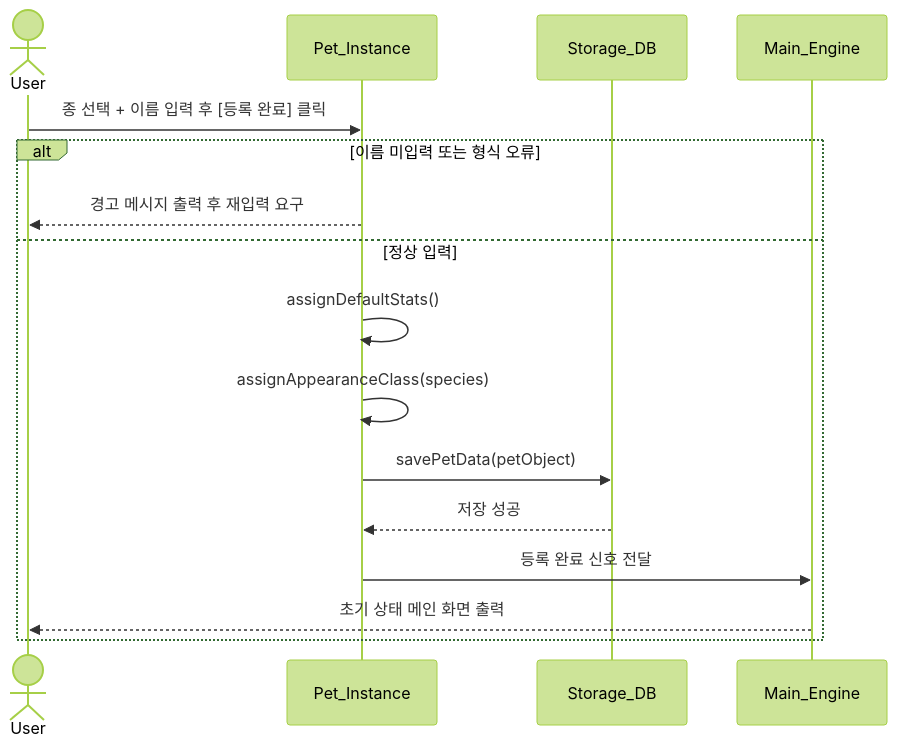
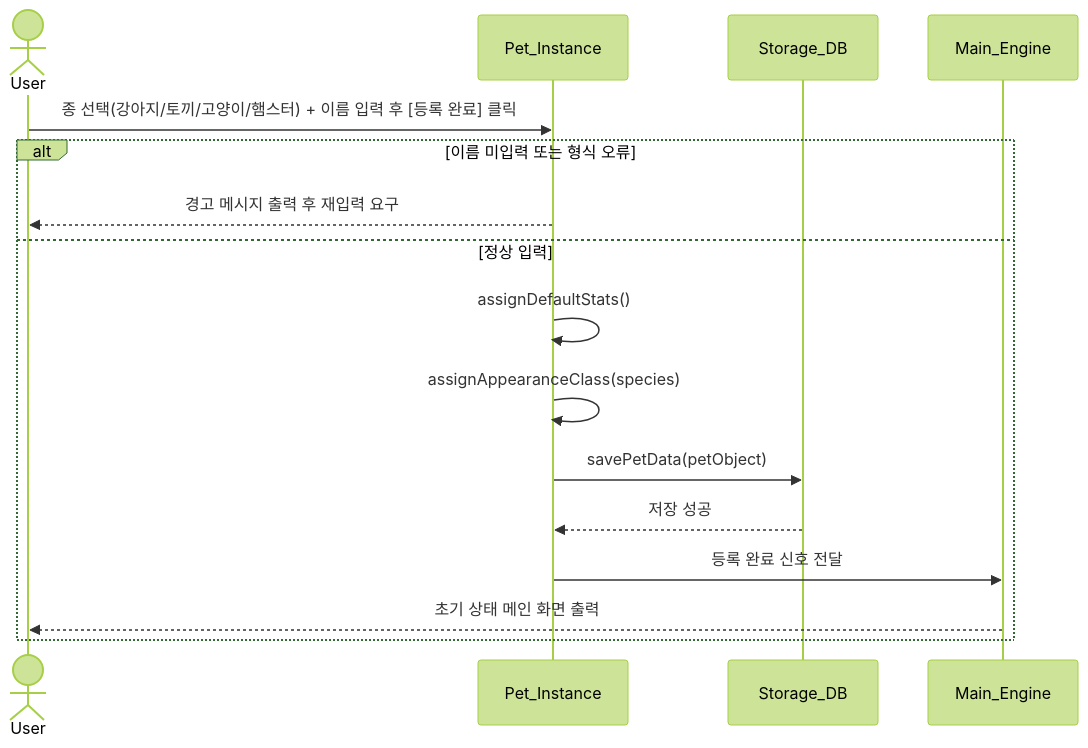
One commit to silver-hye/Log_Pet changed the fourth of 20 diagrams in design.md. Above: the diagram before and after it, drawn with Mermaid (forest theme). The commit also changed other lines of this file, not shown here.

````diff
--- a/design.md
+++ b/design.md
@@ -701,19 +859,19 @@
 ```mermaid
 sequenceDiagram
   actor User
   participant P as Pet_Instance
   participant DB as Storage_DB
   participant M as Main_Engine
 
-  User->>P: 종 선택 + 이름 입력 후 [등록 완료] 클릭
+  User->>P: 종 선택(강아지/토끼/고양이/햄스터) + 이름 입력 후 [등록 완료] 클릭
   alt 이름 미입력 또는 형식 오류
     P-->>User: 경고 메시지 출력 후 재입력 요구
   else 정상 입력
     P->>P: assignDefaultStats()
     P->>P: assignAppearanceClass(species)
     P->>DB: savePetData(petObject)
     DB-->>P: 저장 성공
     P->>M: 등록 완료 신호 전달
     M-->>User: 초기 상태 메인 화면 출력
   end
 ```
````
